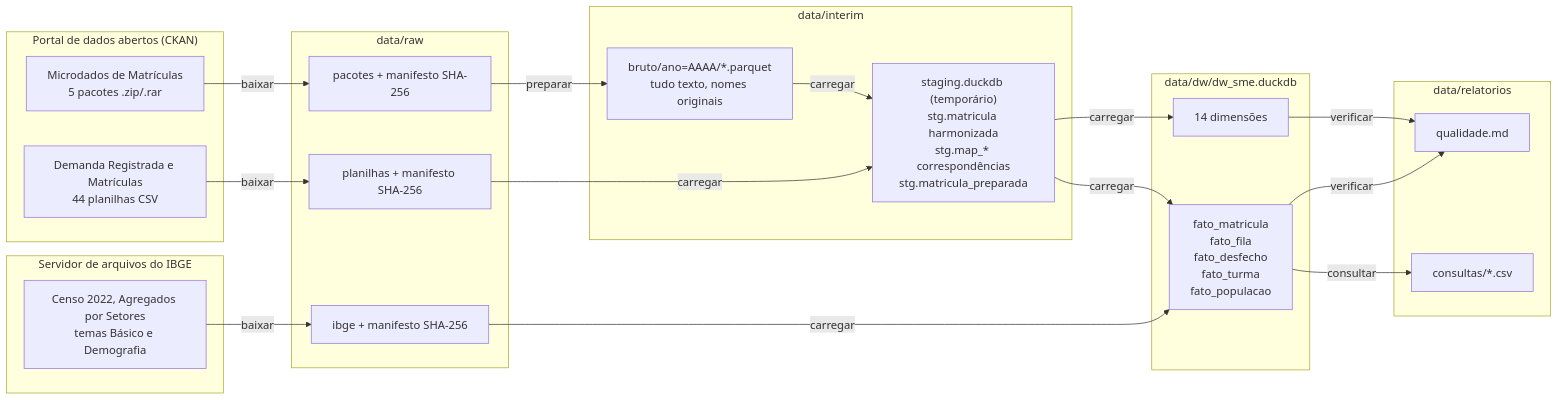
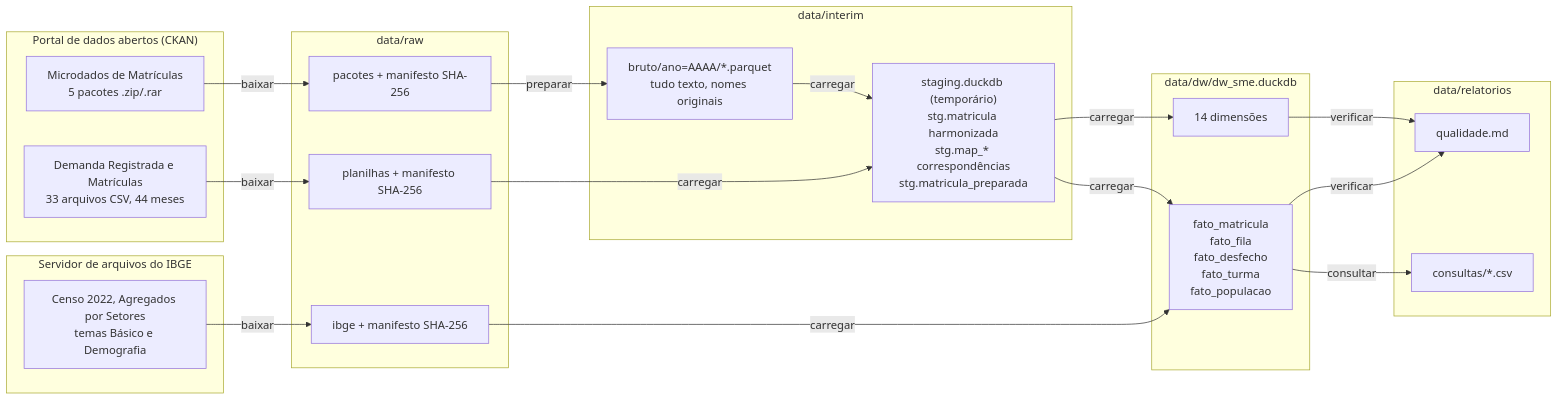
Before and after one commit to kevennlaranjeira/OLAP2026: the diagram in docs/02-fluxo-de-dados.md, drawn with Mermaid. The commit also changed 15 other files, not shown here.

````diff
--- a/docs/02-fluxo-de-dados.md
+++ b/docs/02-fluxo-de-dados.md
@@ -3,39 +3,39 @@
 ```mermaid
 flowchart LR
     subgraph Portal["Portal de dados abertos (CKAN)"]
         P1["Microdados de Matrículas<br/>5 pacotes .zip/.rar"]
-        P2["Demanda Registrada e Matrículas<br/>44 planilhas CSV"]
+        P2["Demanda Registrada e Matrículas<br/>33 arquivos CSV, 44 meses"]
     end
     subgraph IBGE["Servidor de arquivos do IBGE"]
         P3["Censo 2022, Agregados por Setores<br/>temas Básico e Demografia"]
     end
     subgraph Raw["data/raw"]
         R1["pacotes + manifesto SHA-256"]
         R2["planilhas + manifesto SHA-256"]
         R3["ibge + manifesto SHA-256"]
     end
     subgraph Interim["data/interim"]
         B["bruto/ano=AAAA/*.parquet<br/>tudo texto, nomes originais"]
         S["staging.duckdb (temporário)<br/>stg.matricula harmonizada<br/>stg.map_* correspondências<br/>stg.matricula_preparada"]
     end
     subgraph DW["data/dw/dw_sme.duckdb"]
         D["14 dimensões"]
         F["fato_matricula<br/>fato_fila<br/>fato_desfecho<br/>fato_turma<br/>fato_populacao"]
     end
     subgraph Rel["data/relatorios"]
         Q["qualidade.md"]
         C["consultas/*.csv"]
     end
     P1 -- baixar --> R1
     P2 -- baixar --> R2
     P3 -- baixar --> R3
     R3 -- carregar --> F
     R1 -- preparar --> B
     B -- carregar --> S
     R2 -- carregar --> S
     S -- carregar --> D
     S -- carregar --> F
     D -- verificar --> Q
     F -- verificar --> Q
     F -- consultar --> C
 ```
````
